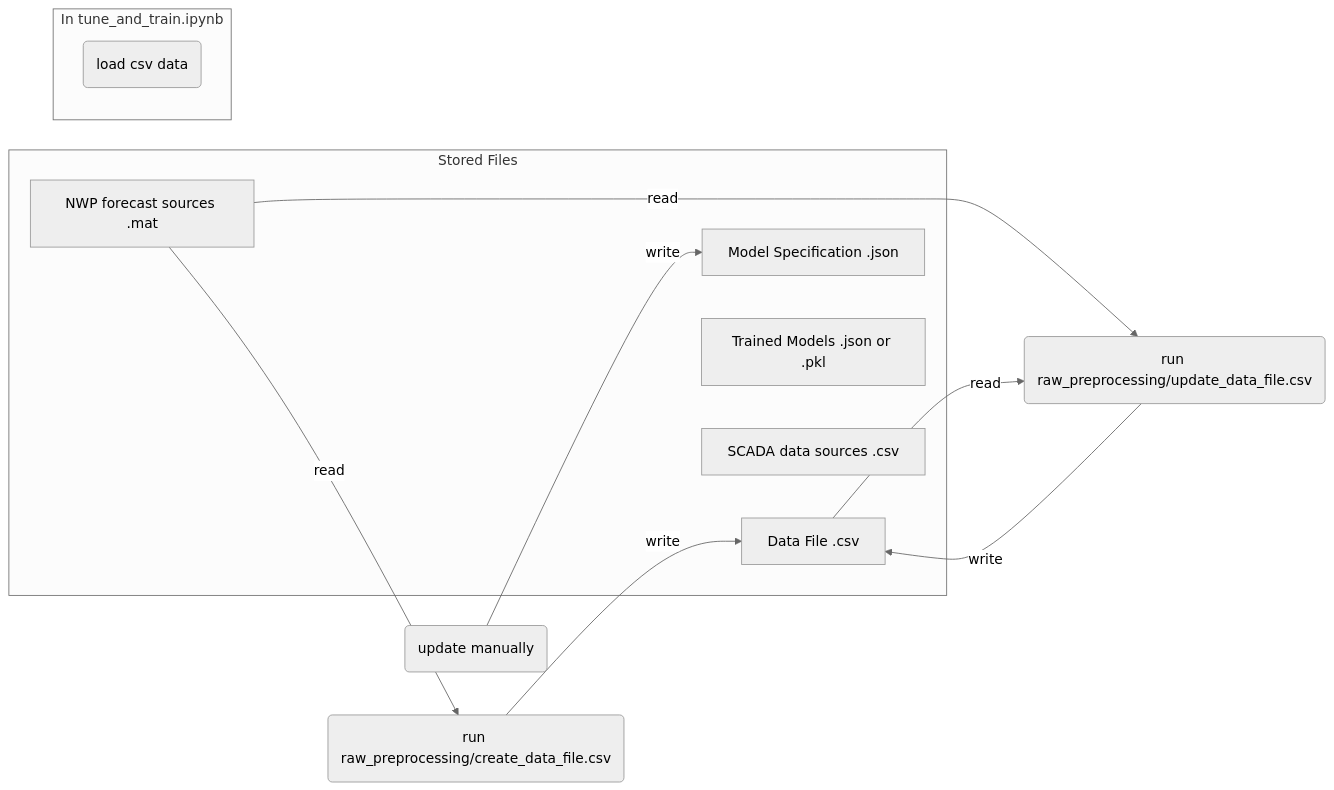
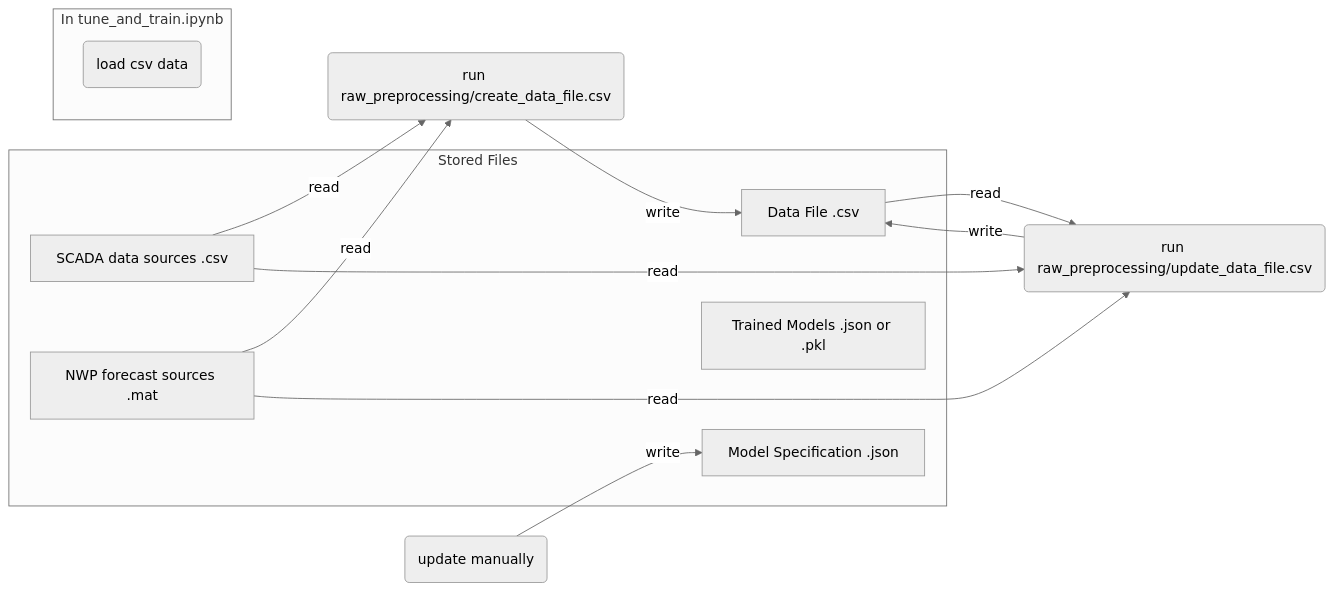
One commit to markusrupp/icing_flowshart changed the second of 2 diagrams in code_flow.md. Above: the diagram before and after it, drawn with Mermaid (neutral theme).

````diff
--- a/code_flow.md
+++ b/code_flow.md
@@ -17,20 +17,22 @@
 ```mermaid
 flowchart LR
     subgraph Stored Files
         CSV[Data File .csv]
         MS[Model Specification .json]
         MF[Trained Models .json or .pkl]
         SCADA[SCADA data sources .csv]
         NWP[NWP forecast sources .mat]
     end
     subgraph In tune_and_train.ipynb
         LCSV(load csv data)
     end
 
+SCADA -->|read| CCSV
+SCADA -->|read| UCSV
 NWP -->|read| CCSV
 NWP -->|read| UCSV
 CCSV(run raw_preprocessing/create_data_file.csv) -->|write| CSV
 UCSV(run raw_preprocessing/update_data_file.csv) -->|write| CSV
 CSV -->|read| UCSV
 UMS(update manually) -->|write| MS
 ```
````
